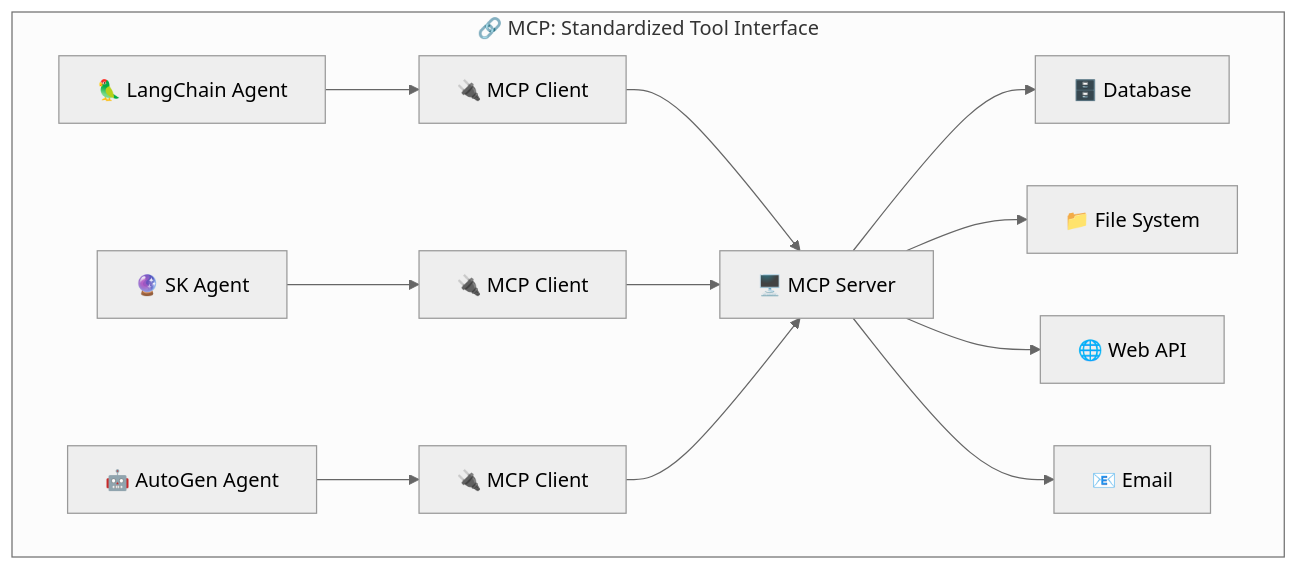
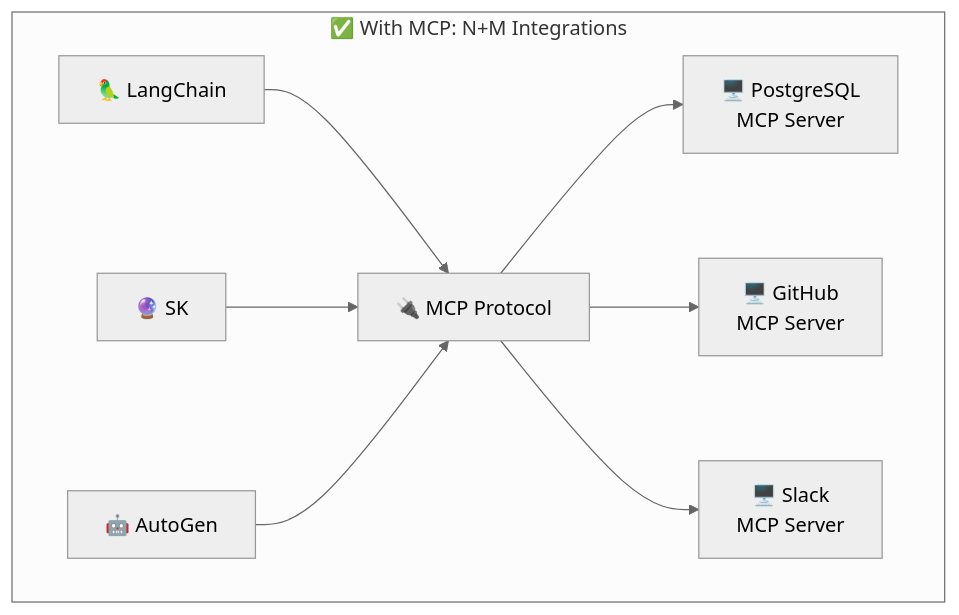
Before and after one commit to roie9876/AI-Agent-Platform: diagram 14 of 27 in education/en/16-agent-frameworks.md, drawn with Mermaid (neutral theme). The commit also changed other lines of this file and 1 other file, not shown here.

Commit message:
fix+feat: escape dollar signs in mermaid, expand MCP and A2A sections in chapter 16 with architecture diagrams, code examples, Agent Card JSON samples, and communication flows

````diff
--- a/education/en/16-agent-frameworks.md
+++ b/education/en/16-agent-frameworks.md
@@ -645,15 +666,11 @@
 ```mermaid
 graph TB
-    subgraph "🔗 MCP: Standardized Tool Interface"
-        Agent1["🦜 LangChain Agent"] --> MCP_Client["🔌 MCP Client"]
-        Agent2["🔮 SK Agent"] --> MCP_Client2["🔌 MCP Client"]
-        Agent3["🤖 AutoGen Agent"] --> MCP_Client3["🔌 MCP Client"]
-        
-        MCP_Client & MCP_Client2 & MCP_Client3 --> MCP_Server["🖥️ MCP Server"]
-        
-        MCP_Server --> Tool1["🗄️ Database"]
-        MCP_Server --> Tool2["📁 File System"]
-        MCP_Server --> Tool3["🌐 Web API"]
-        MCP_Server --> Tool4["📧 Email"]
+    subgraph "✅ With MCP: N+M Integrations"
+        A1["🦜 LangChain"] --> MC["🔌 MCP Protocol"]
+        A2["🔮 SK"] --> MC
+        A3["🤖 AutoGen"] --> MC
+        MC --> S1["🖥️ PostgreSQL<br/>MCP Server"]
+        MC --> S2["🖥️ GitHub<br/>MCP Server"]
+        MC --> S3["🖥️ Slack<br/>MCP Server"]
     end
 ```
````
